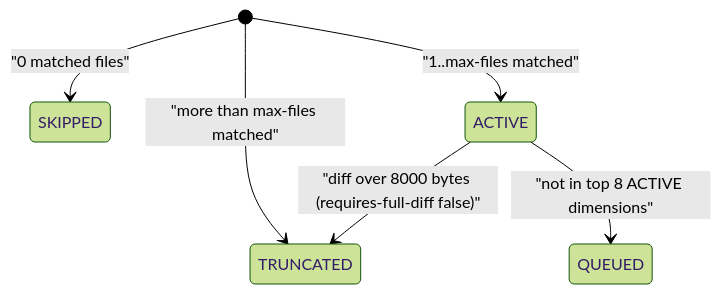
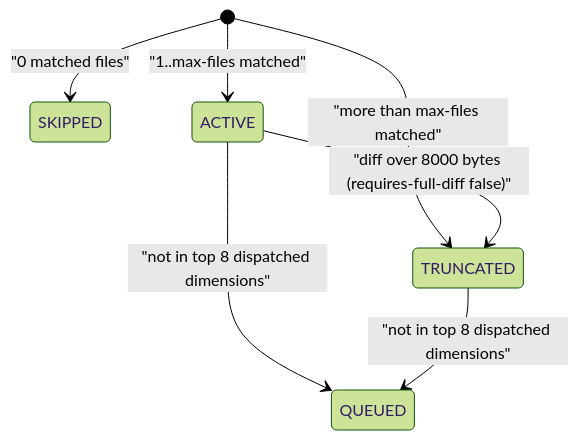
Before and after one commit to rnagrodzki/sdlc-plugin: the diagram in openspec/specs/tool-review-prepare/spec.md, drawn with Mermaid (forest theme). The commit also changed other lines of this file and 2 other files, not shown here.

First line of the commit message:
fix(review): count truncated dimensions toward the 8-dimension cap

````diff
--- a/openspec/specs/tool-review-prepare/spec.md
+++ b/openspec/specs/tool-review-prepare/spec.md
@@ -168,8 +168,9 @@
 ```mermaid
 stateDiagram-v2
     [*] --> SKIPPED: "0 matched files"
     [*] --> ACTIVE: "1..max-files matched"
     [*] --> TRUNCATED: "more than max-files matched"
     ACTIVE --> TRUNCATED: "diff over 8000 bytes (requires-full-diff false)"
-    ACTIVE --> QUEUED: "not in top 8 ACTIVE dimensions"
+    ACTIVE --> QUEUED: "not in top 8 dispatched dimensions"
+    TRUNCATED --> QUEUED: "not in top 8 dispatched dimensions"
 ```
````
